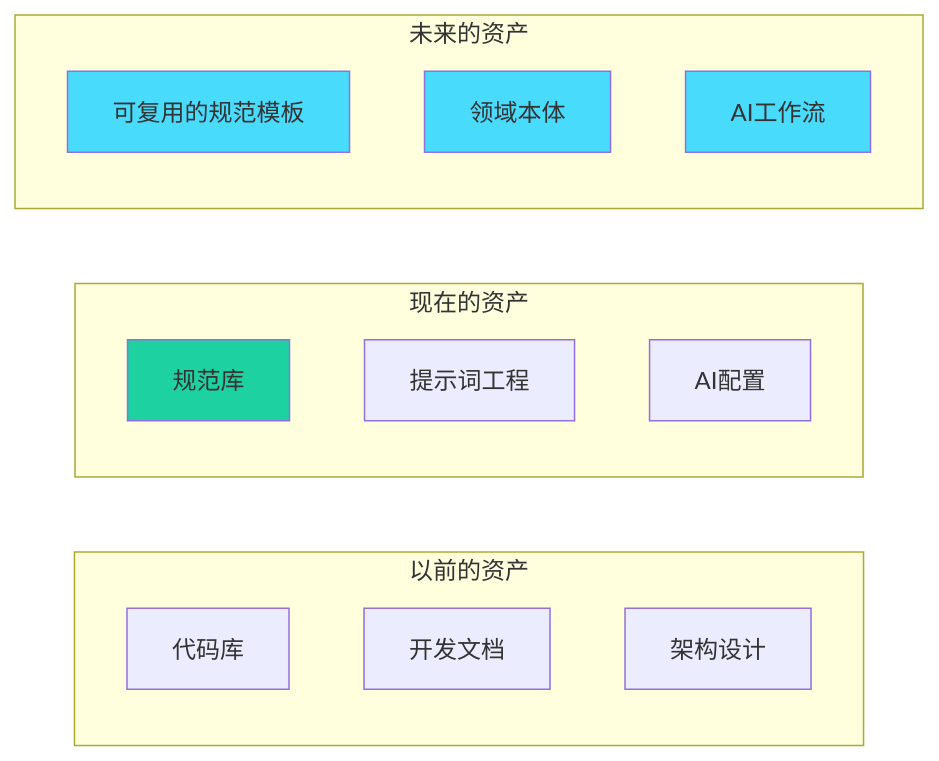
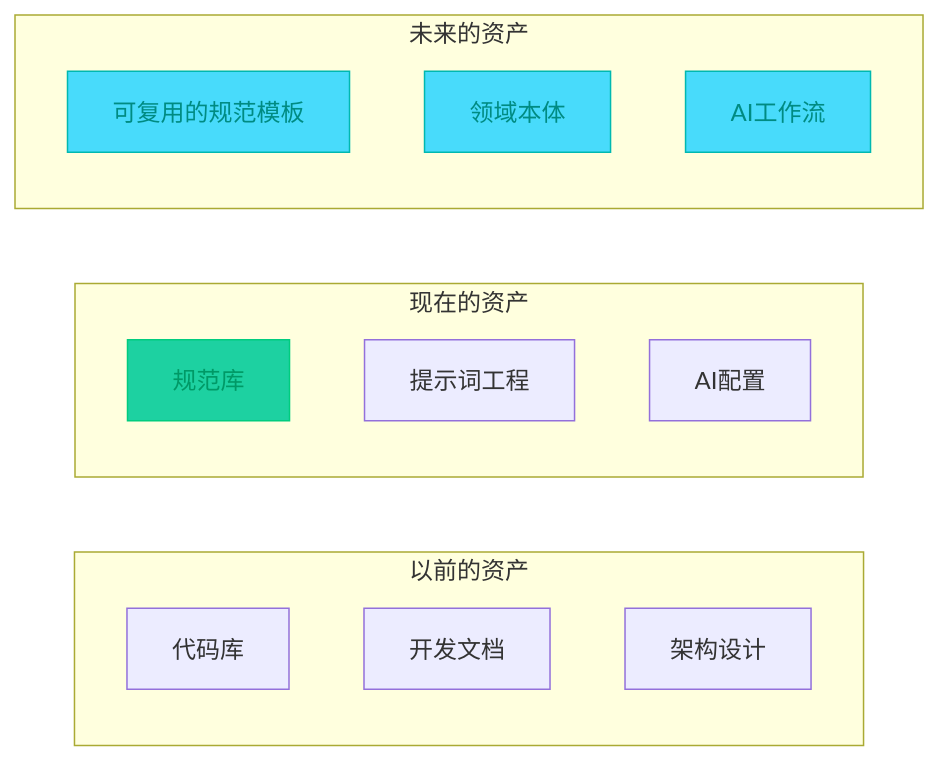
Before and after one commit to FreezeSoul/freezesoul.github.com: the seventh of 10 diagrams in _posts/2025-08-01-ai-coding-paradigms.md, drawn with Mermaid. The commit also changed other lines of this file and 9 other files, not shown here.

Commit message:
修正mermaid配色与要求

````diff
--- a/_posts/2025-08-01-ai-coding-paradigms.md
+++ b/_posts/2025-08-01-ai-coding-paradigms.md
@@ -506,25 +506,25 @@
 ```mermaid
 graph LR
     subgraph 以前的资产
         A1[代码库]
         A2[开发文档]
         A3[架构设计]
     end
 
     subgraph 现在的资产
         B1[规范库]
         B2[提示词工程]
         B3[AI配置]
     end
 
     subgraph 未来的资产
         C1[可复用的规范模板]
         C2[领域本体]
         C3[AI工作流]
     end
 
-    style B1 fill:#1dd1a1
-    style C1 fill:#48dbfb
-    style C2 fill:#48dbfb
-    style C3 fill:#48dbfb
+    style B1 fill:#1dd1a1,stroke:#00cc7f,color:#009966
+    style C1 fill:#48dbfb,stroke:#00b8b0,color:#008b82
+    style C2 fill:#48dbfb,stroke:#00b8b0,color:#008b82
+    style C3 fill:#48dbfb,stroke:#00b8b0,color:#008b82
 ```
````
